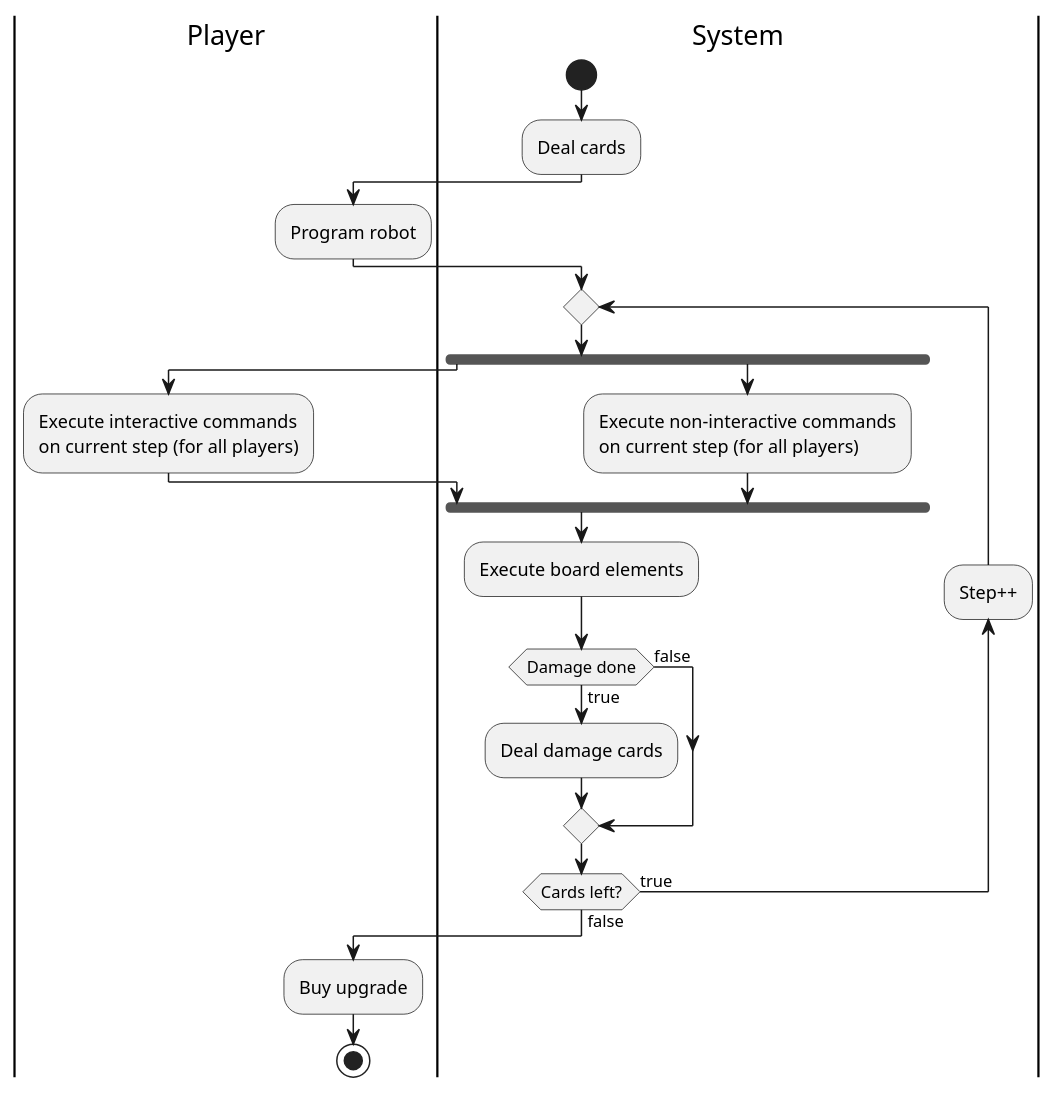
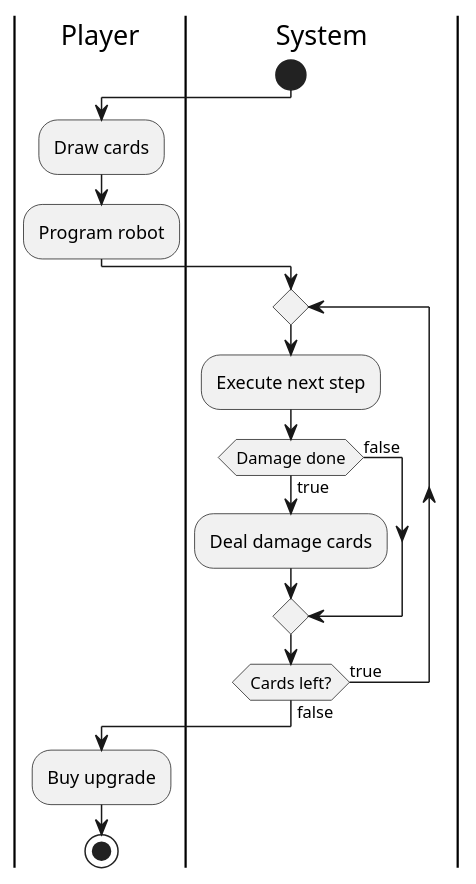
One commit to CDIO-gr-17/RoboRally changed the diagram in src/main/Diagrams/ActivityOfOneRound.puml. Above: the diagram before and after it, drawn with PlantUML. The commit also changed 3 other files, not shown here.

Commit message:
DIagrams changed for A3

```diff
--- a/src/main/Diagrams/ActivityOfOneRound.puml
+++ b/src/main/Diagrams/ActivityOfOneRound.puml
@@ -1,39 +1,29 @@
 @startuml
 'https://plantuml.com/activity-diagram-beta
 
 |Player|
 |System|
 start
-|System|
-:Deal cards;
+|Player|
+:Draw cards;
 |Player|
 :Program robot;
 |System|
 repeat
-fork
-|Player|
-:Execute interactive commands
-on current step (for all players);
-|System|
-fork again
-:Execute non-interactive commands
-on current step (for all players);
-
-end fork
-:Execute board elements;
+:Execute next step;
 
 if (Damage done) then (true)
 :Deal damage cards;
 
 else (false)
 
 endif
-backward:Step++;
+
 repeat while (Cards left?) is (true) not (false)
 
 |Player|
 :Buy upgrade;
 
 stop
 
 @enduml
```
